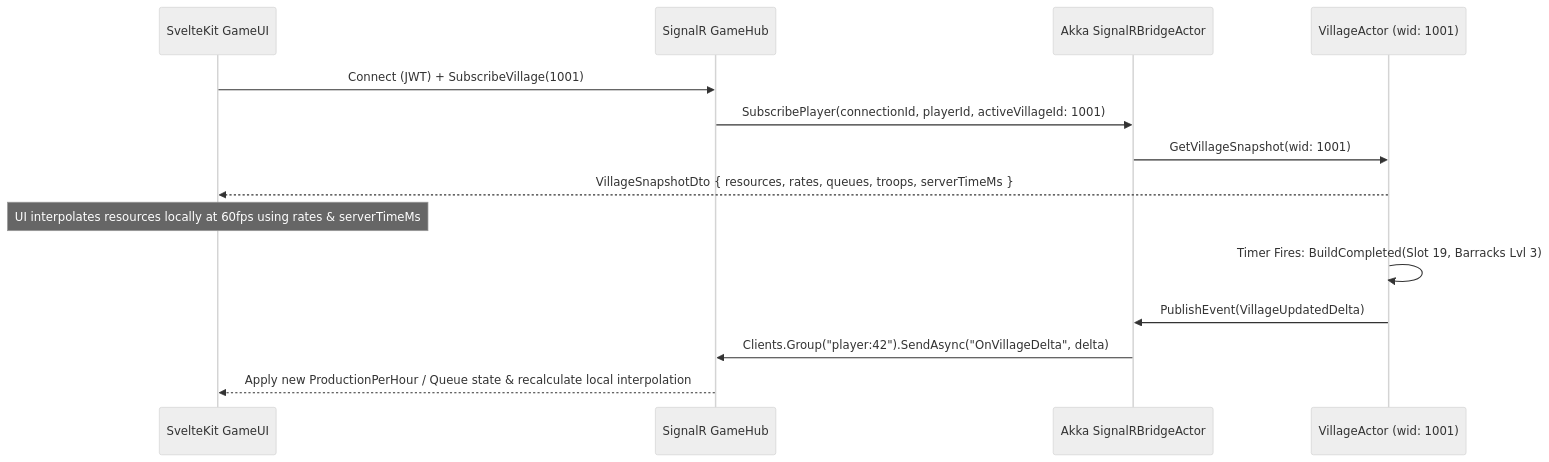
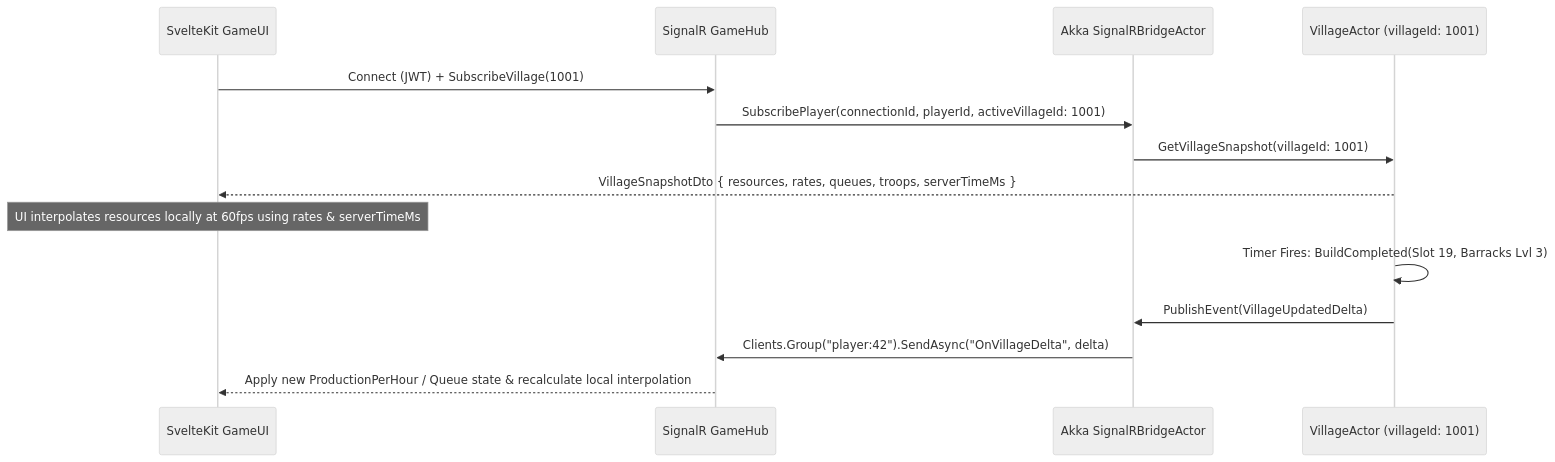
Before and after one commit to terravia-renatus/terravia-renatus: the second of 4 diagrams in docs/architecture_and_features.md, drawn with Mermaid (neutral theme). The commit also changed other lines of this file, not shown here.

First line of the commit message:
docs(architecture): update domain systems specification

````diff
--- a/docs/architecture_and_features.md
+++ b/docs/architecture_and_features.md
@@ -154,18 +154,18 @@
 ```mermaid
 sequenceDiagram
     participant UI as SvelteKit GameUI
     participant Hub as SignalR GameHub
     participant Bridge as Akka SignalRBridgeActor
-    participant VActor as VillageActor (wid: 1001)
+    participant VActor as VillageActor (villageId: 1001)
 
     UI->>Hub: Connect (JWT) + SubscribeVillage(1001)
     Hub->>Bridge: SubscribePlayer(connectionId, playerId, activeVillageId: 1001)
-    Bridge->>VActor: GetVillageSnapshot(wid: 1001)
+    Bridge->>VActor: GetVillageSnapshot(villageId: 1001)
     VActor-->>UI: VillageSnapshotDto { resources, rates, queues, troops, serverTimeMs }
     Note over UI: UI interpolates resources locally at 60fps using rates & serverTimeMs
     
     VActor->>VActor: Timer Fires: BuildCompleted(Slot 19, Barracks Lvl 3)
     VActor->>Bridge: PublishEvent(VillageUpdatedDelta)
     Bridge->>Hub: Clients.Group("player:42").SendAsync("OnVillageDelta", delta)
     Hub-->>UI: Apply new ProductionPerHour / Queue state & recalculate local interpolation
 ```
````
